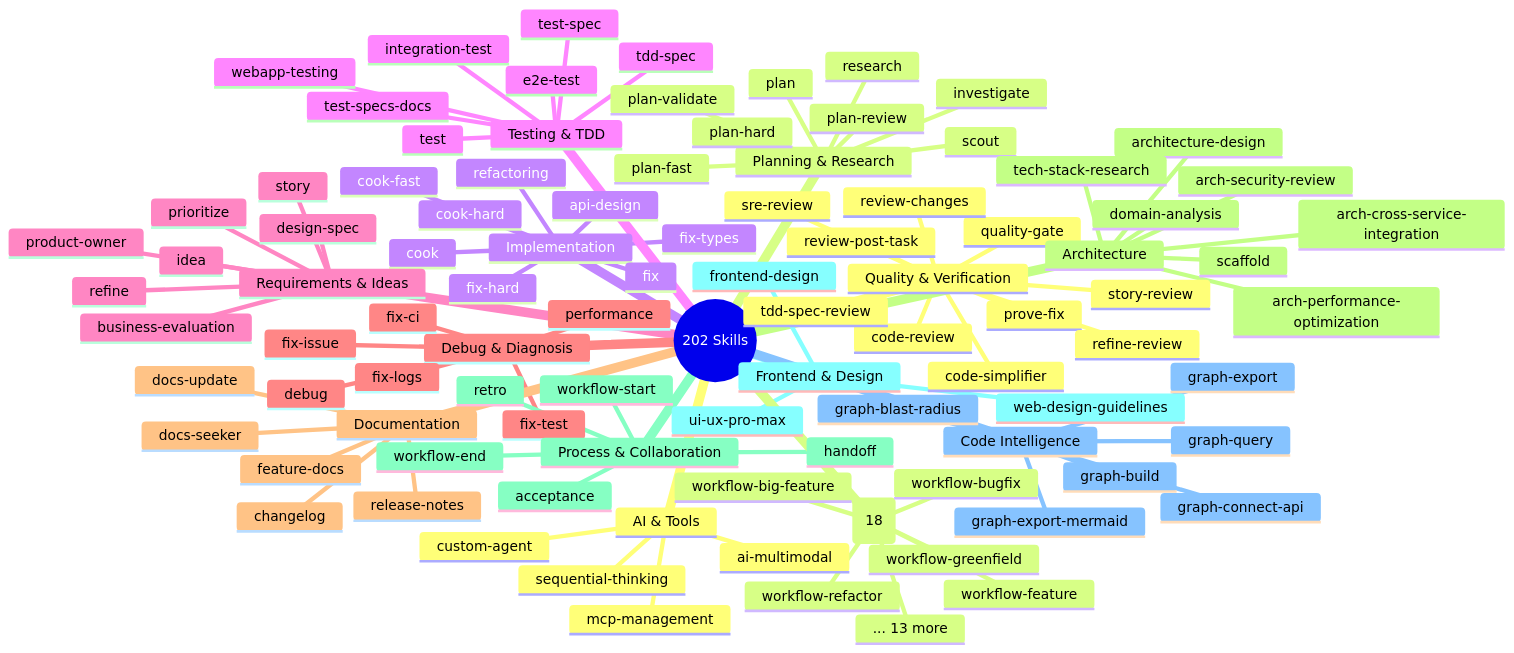
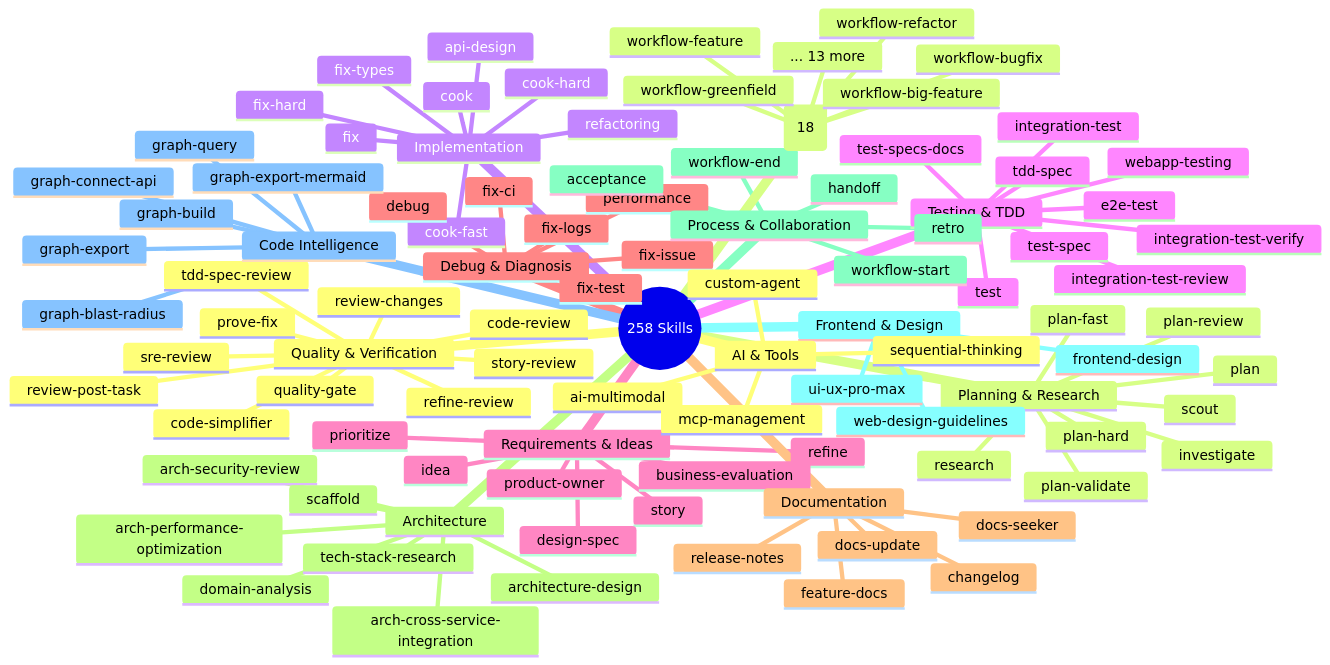
One commit to duc01226/easy-claude changed the fifth of 20 diagrams in .claude/docs/claude-ai-agent-framework-guide.md. Above: the diagram before and after it, drawn with Mermaid. The commit also changed other lines of this file and 39 other files, not shown here.

First line of the commit message:
refactor(claude): split hooks into part-files, add integration-test skills

````diff
--- a/.claude/docs/claude-ai-agent-framework-guide.md
+++ b/.claude/docs/claude-ai-agent-framework-guide.md
@@ -436,6 +456,6 @@
 ```mermaid
 mindmap
-  root((202 Skills))
+  root((258 Skills))
     Quality & Verification
       code-review
       prove-fix
@@ -469,6 +489,8 @@
       tdd-spec
       test-spec
       integration-test
+      integration-test-review
+      integration-test-verify
       e2e-test
       test-specs-docs
       test
````
